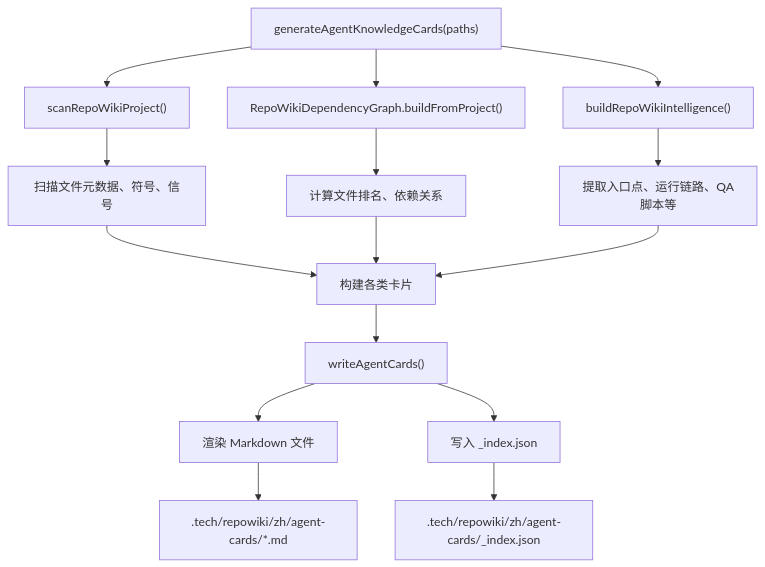
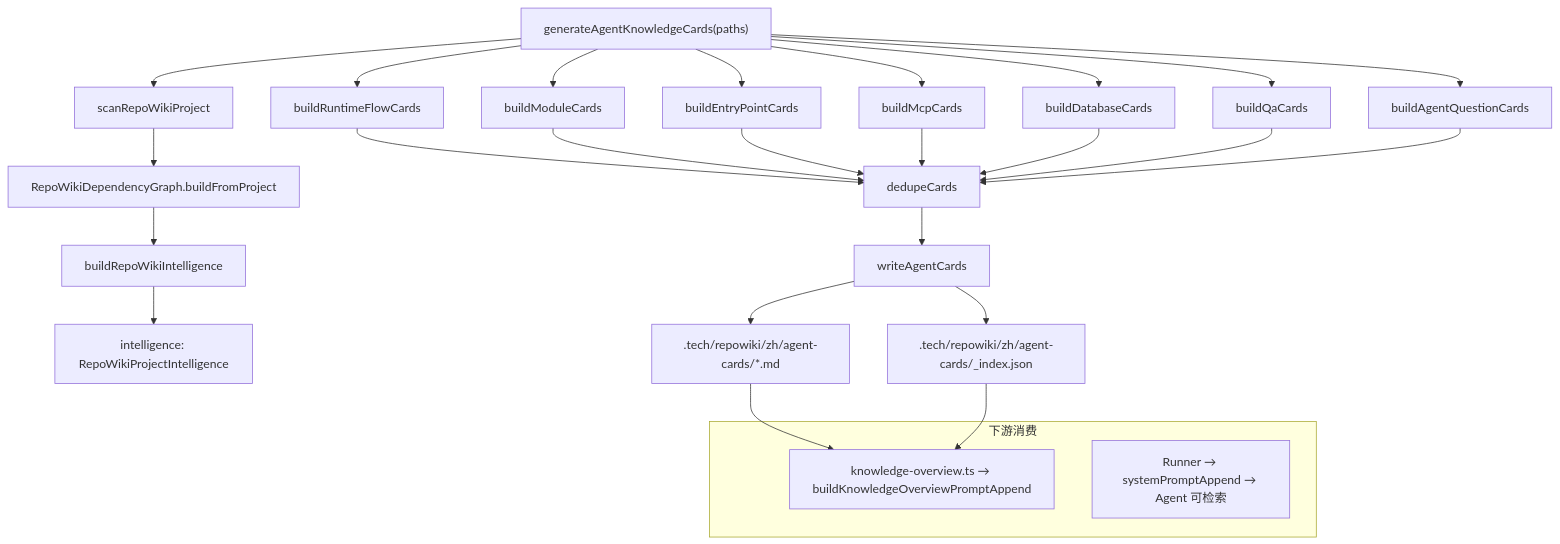
Before and after one commit to lst016/tech-cc-hub: the diagram in .tech/repowiki/zh/content/核心模块规格/知识库后端引擎总览/Agent Knowledge Cards.md, drawn with Mermaid. The commit also changed other lines of this file and 176 other files, not shown here.

Commit message:
fix: stabilize repo wiki generation progress

````diff
--- a/.tech/repowiki/zh/content/核心模块规格/知识库后端引擎总览/Agent Knowledge Cards.md
+++ b/.tech/repowiki/zh/content/核心模块规格/知识库后端引擎总览/Agent Knowledge Cards.md
@@ -131,17 +75,24 @@
 ```mermaid
 flowchart TD
-    A["generateAgentKnowledgeCards(paths)"] --> B["scanRepoWikiProject()"]
-    A --> C["RepoWikiDependencyGraph.buildFromProject()"]
-    A --> D["buildRepoWikiIntelligence()"]
-    B --> E["扫描文件元数据、符号、信号"]
-    C --> F["计算文件排名、依赖关系"]
-    D --> G["提取入口点、运行链路、QA脚本等"]
-    E --> H["构建各类卡片"]
-    F --> H
-    G --> H
-    H --> I["writeAgentCards()"]
-    I --> J["渲染 Markdown 文件"]
-    I --> K["写入 _index.json"]
-    J --> L[".tech/repowiki/zh/agent-cards/*.md"]
-    K --> M[".tech/repowiki/zh/agent-cards/_index.json"]
+    A["generateAgentKnowledgeCards(paths)"] --> B["scanRepoWikiProject"]
+    B --> C["RepoWikiDependencyGraph.buildFromProject"]
+    C --> D["buildRepoWikiIntelligence"]
+    D --> E["intelligence: RepoWikiProjectIntelligence"]
+    A --> F["buildRuntimeFlowCards"]
+    A --> G["buildModuleCards"]
+    A --> H["buildEntryPointCards"]
+    A --> I["buildMcpCards"]
+    A --> J["buildDatabaseCards"]
+    A --> K["buildQaCards"]
+    A --> L["buildAgentQuestionCards"]
+    F & G & H & I & J & K & L --> M["dedupeCards"]
+    M --> N["writeAgentCards"]
+    N --> O[".tech/repowiki/zh/agent-cards/*.md"]
+    N --> P[".tech/repowiki/zh/agent-cards/_index.json"]
+
+    subgraph "下游消费"
+        Q["knowledge-overview.ts → buildKnowledgeOverviewPromptAppend"]
+        R["Runner → systemPromptAppend → Agent 可检索"]
+    end
+    O & P --> Q
 ```
````
